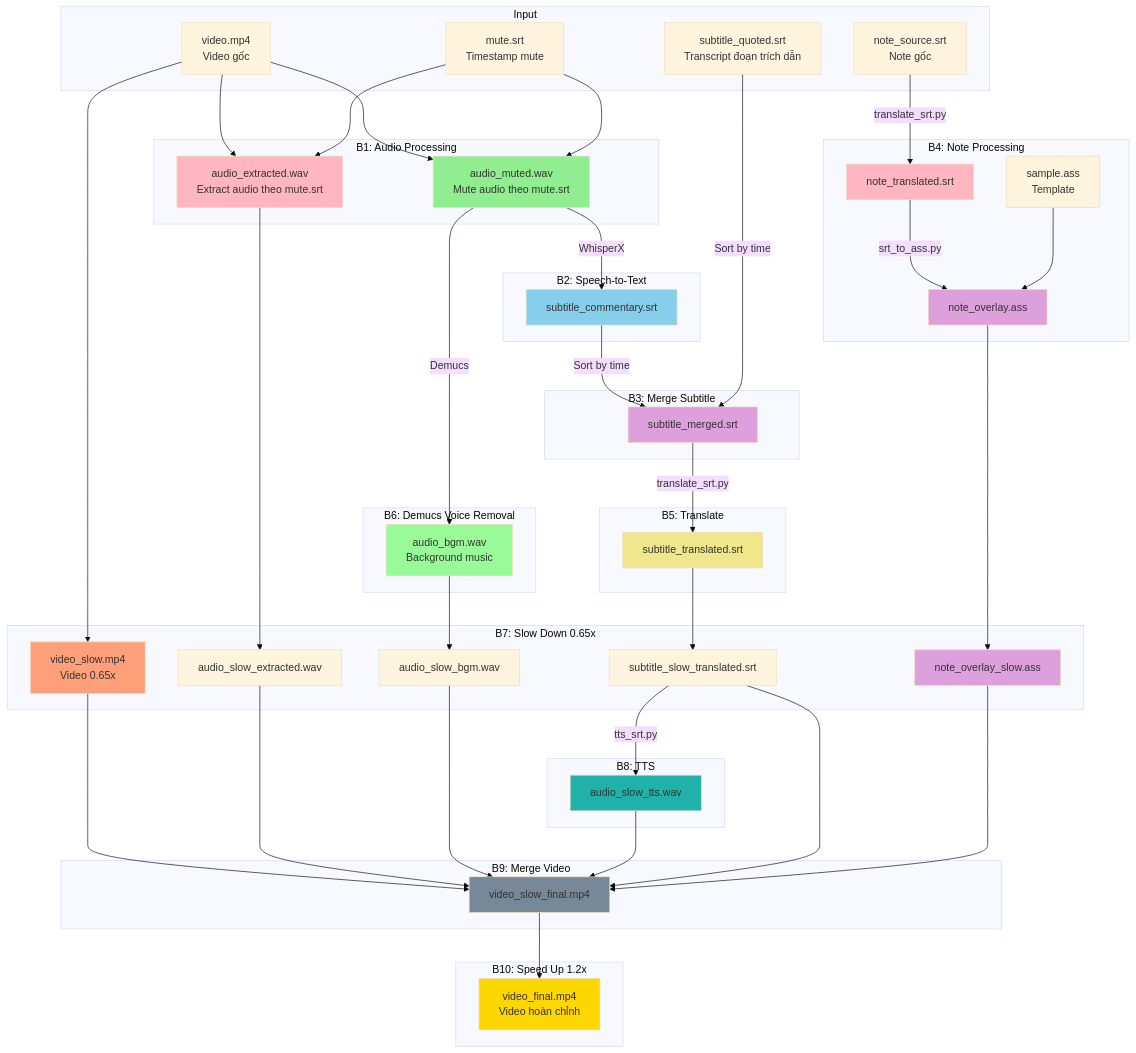
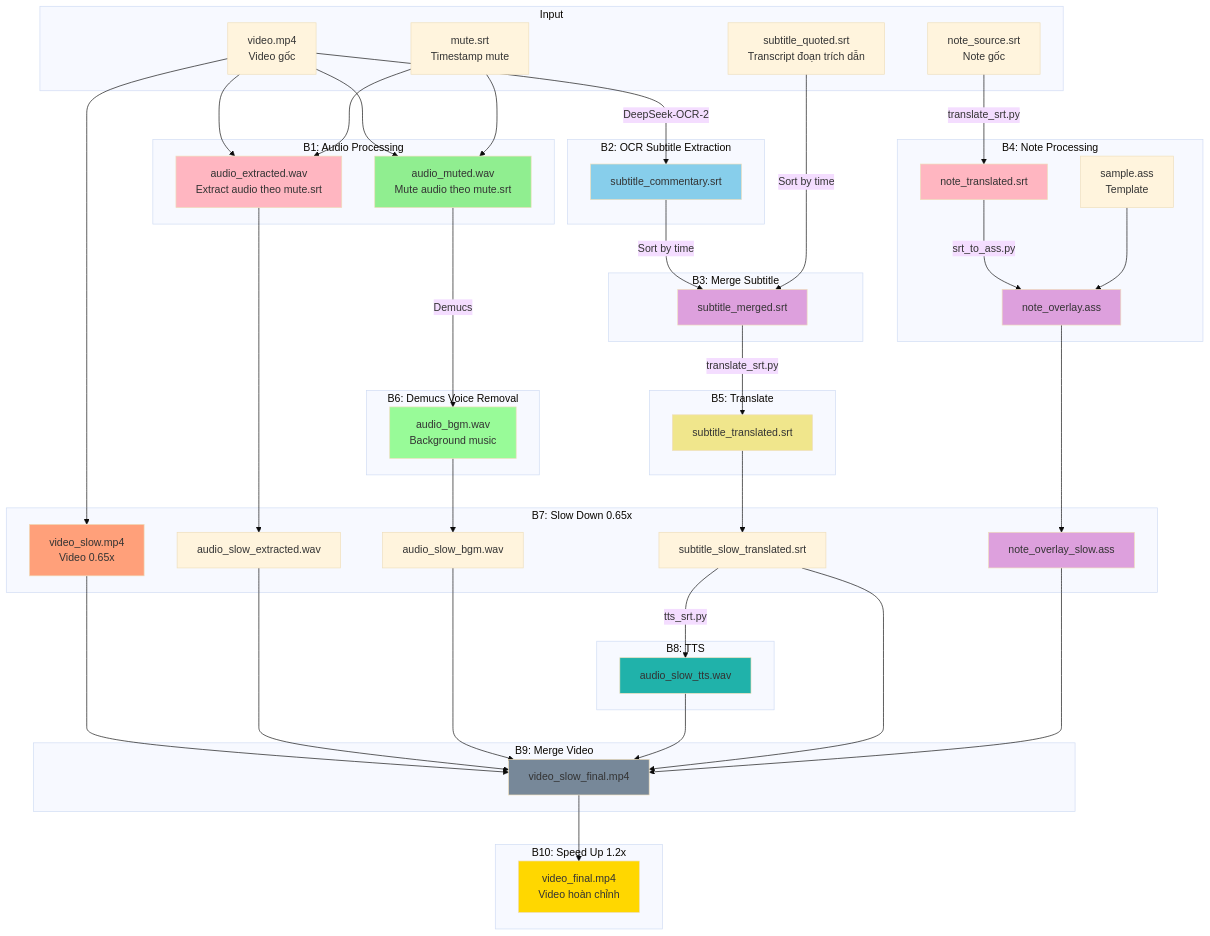
One commit to ThanhVoKim/CharenjiZukan changed the second of 3 diagrams in docs/workflow.md. Above: the diagram before and after it, drawn with Mermaid (base theme). The commit also changed other lines of this file and 9 other files, not shown here.

````diff
--- a/docs/workflow.md
+++ b/docs/workflow.md
@@ -50,78 +50,78 @@
 ```mermaid
 flowchart TB
     subgraph Input
         V[video.mp4<br>Video gốc]
         MS[mute.srt<br>Timestamp mute]
         SQ[subtitle_quoted.srt<br>Transcript đoạn trích dẫn]
         NS[note_source.srt<br>Note gốc]
     end
 
     subgraph "B1: Audio Processing"
         V --> AM[audio_muted.wav<br>Mute audio theo mute.srt]
         V --> AE[audio_extracted.wav<br>Extract audio theo mute.srt]
         MS --> AM
         MS --> AE
     end
 
-    subgraph "B2: Speech-to-Text"
-        AM --> |WhisperX| SC[subtitle_commentary.srt]
+    subgraph "B2: OCR Subtitle Extraction"
+        V --> |DeepSeek-OCR-2| SC[subtitle_commentary.srt]
     end
 
     subgraph "B3: Merge Subtitle"
         SC --> |Sort by time| SMT[subtitle_merged.srt]
         SQ --> |Sort by time| SMT
     end
 
     subgraph "B4: Note Processing"
         NS --> |translate_srt.py| NT[note_translated.srt]
         NT --> |srt_to_ass.py| NO[note_overlay.ass]
         TMP[sample.ass<br>Template] --> NO
     end
 
     subgraph "B5: Translate"
         SMT --> |translate_srt.py| ST[subtitle_translated.srt]
     end
 
     subgraph "B6: Demucs Voice Removal"
         AM --> |Demucs| AB[audio_bgm.wav<br>Background music]
     end
 
     subgraph "B7: Slow Down 0.65x"
         V --> VS[video_slow.mp4<br>Video 0.65x]
         AE --> AES[audio_slow_extracted.wav]
         AB --> ABS[audio_slow_bgm.wav]
         ST --> STS[subtitle_slow_translated.srt]
         NO --> NOS[note_overlay_slow.ass]
     end
 
     subgraph "B8: TTS"
         STS --> |tts_srt.py| AT[audio_slow_tts.wav]
     end
 
     subgraph "B9: Merge Video"
         VS --> VSF[video_slow_final.mp4]
         AES --> VSF
         ABS --> VSF
         AT --> VSF
         STS --> VSF
         NOS --> VSF
     end
 
     subgraph "B10: Speed Up 1.2x"
         VSF --> VF[video_final.mp4<br>Video hoàn chỉnh]
     end
 
     style AM fill:#90EE90
     style AE fill:#FFB6C1
     style SC fill:#87CEEB
     style SMT fill:#DDA0DD
     style NT fill:#FFB6C1
     style NO fill:#DDA0DD
     style ST fill:#F0E68C
     style AB fill:#98FB98
     style VS fill:#FFA07A
     style NOS fill:#DDA0DD
     style AT fill:#20B2AA
     style VSF fill:#778899
     style VF fill:#FFD700
 ```
````
